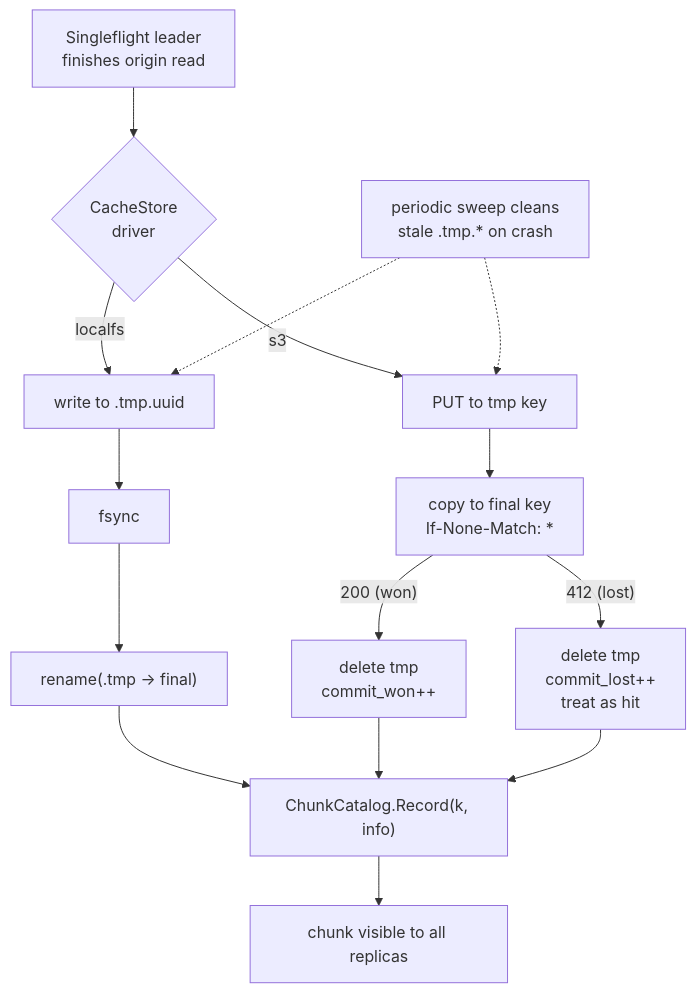
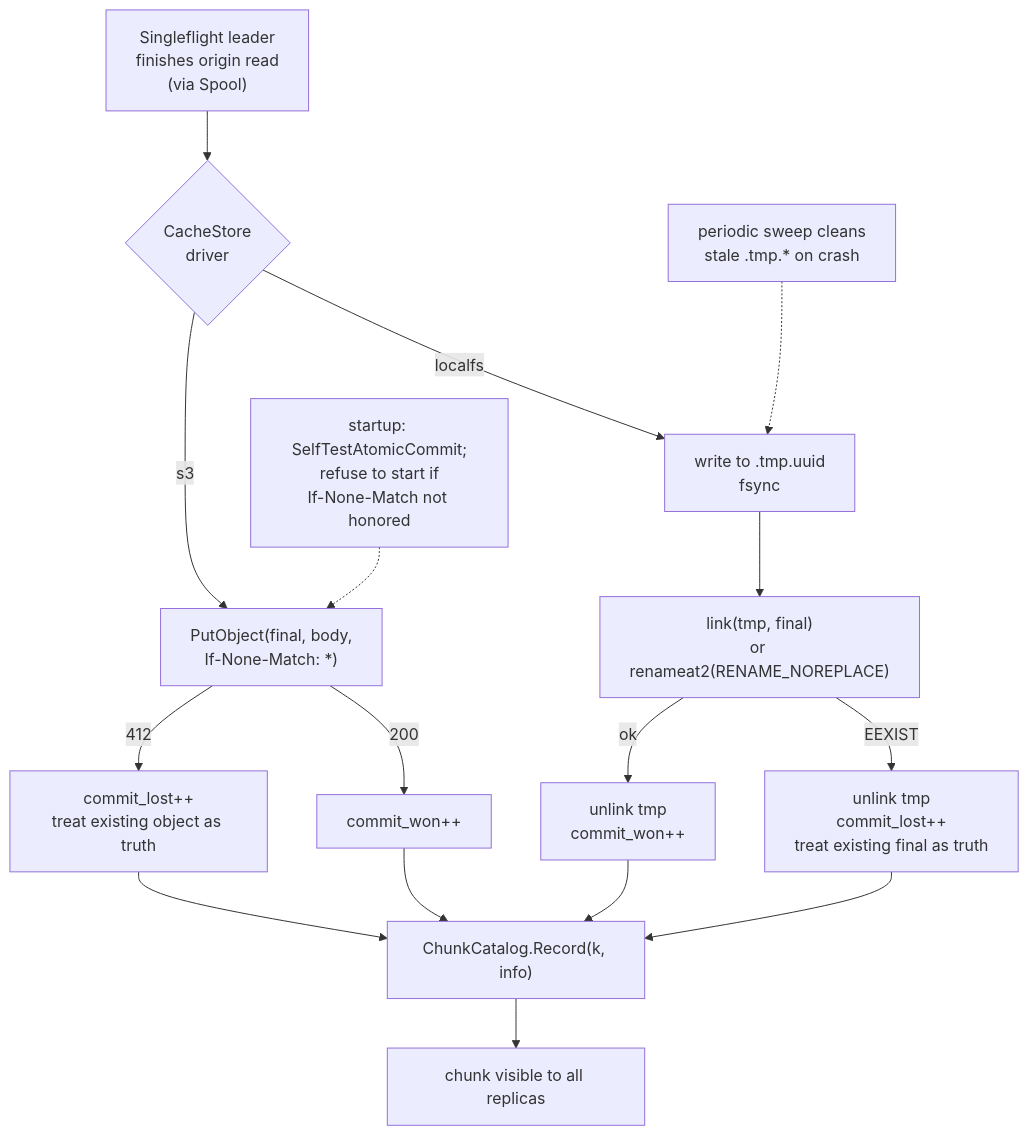
The ninth of 11 diagrams in designdocs/origincache/design.md (Azure/unbounded), drawn with Mermaid before and after one commit. The commit also changed other lines of this file, not shown here.

````diff
--- a/designdocs/origincache/design.md
+++ b/designdocs/origincache/design.md
@@ -449,17 +719,18 @@
 ```mermaid
 flowchart TB
-    Leader["Singleflight leader<br/>finishes origin read"] --> Driver{"CacheStore<br/>driver"}
-    Driver -- "localfs" --> L1["write to .tmp.uuid"]
-    L1 --> L2["fsync"]
-    L2 --> L3["rename(.tmp -> final)"]
-    Driver -- "s3" --> S1["PUT to tmp key"]
-    S1 --> S2["copy to final key<br/>If-None-Match: *"]
-    S2 -- "200 (won)" --> S3a["delete tmp<br/>commit_won++"]
-    S2 -- "412 (lost)" --> S3b["delete tmp<br/>commit_lost++<br/>treat as hit"]
-    L3 --> Pub["ChunkCatalog.Record(k, info)"]
-    S3a --> Pub
-    S3b --> Pub
+    Leader["Singleflight leader<br/>finishes origin read<br/>(via Spool)"] --> Driver{"CacheStore<br/>driver"}
+    Driver -- "localfs" --> L1["write to .tmp.uuid<br/>fsync"]
+    L1 --> L2["link(tmp, final)<br/>or renameat2(RENAME_NOREPLACE)"]
+    L2 -- "EEXIST" --> Llost["unlink tmp<br/>commit_lost++<br/>treat existing final as truth"]
+    L2 -- "ok" --> Lwon["unlink tmp<br/>commit_won++"]
+    Driver -- "s3" --> S1["PutObject(final, body,<br/>If-None-Match: *)"]
+    S1 -- "200" --> Swon["commit_won++"]
+    S1 -- "412" --> Slost["commit_lost++<br/>treat existing object as truth"]
+    Lwon --> Pub["ChunkCatalog.Record(k, info)"]
+    Llost --> Pub
+    Swon --> Pub
+    Slost --> Pub
     Pub --> Done["chunk visible to all replicas"]
     Sweep["periodic sweep cleans<br/>stale .tmp.* on crash"] -.-> L1
-    Sweep -.-> S1
+    SelfTest["startup: SelfTestAtomicCommit;<br/>refuse to start if<br/>If-None-Match not honored"] -.-> S1
 ```
````
